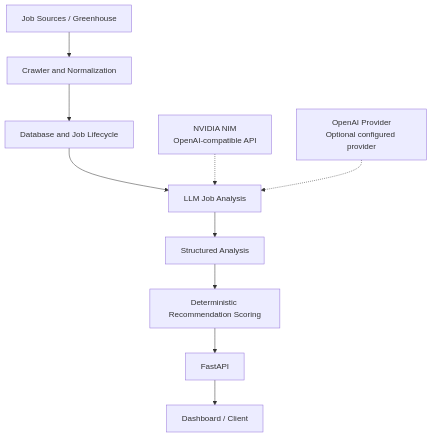
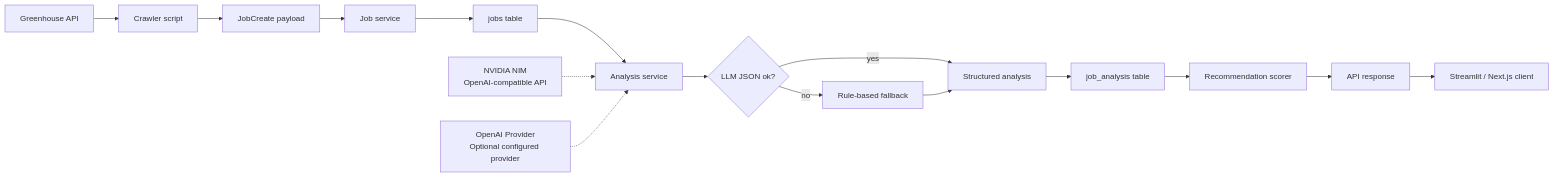
Before and after one commit to cbssmh/ai-job-scout: the diagram in README.md, drawn with Mermaid. The commit also changed other lines of this file and 12 other files, not shown here.

````diff
--- a/README.md
+++ b/README.md
@@ -37,12 +70,18 @@
 ```mermaid
-flowchart TD
-    A["Job Sources / Greenhouse"] --> B["Crawler and Normalization"]
-    B --> C["Database and Job Lifecycle"]
-    C --> D["LLM Job Analysis"]
-    N["NVIDIA NIM<br/>OpenAI-compatible API"] -.-> D
-    O["OpenAI Provider<br/>Optional configured provider"] -.-> D
-    D --> E["Structured Analysis"]
-    E --> F["Deterministic Recommendation Scoring"]
-    F --> G["FastAPI"]
-    G --> H["Dashboard / Client"]
+flowchart LR
+    A["Greenhouse API"] --> B["Crawler script"]
+    B --> C["JobCreate payload"]
+    C --> D["Job service"]
+    D --> E["jobs table"]
+    E --> F["Analysis service"]
+    F --> G{"LLM JSON ok?"}
+    N["NVIDIA NIM<br/>OpenAI-compatible API"] -.-> F
+    O["OpenAI Provider<br/>Optional configured provider"] -.-> F
+    G -- yes --> H["Structured analysis"]
+    G -- no --> I["Rule-based fallback"]
+    I --> H
+    H --> J["job_analysis table"]
+    J --> K["Recommendation scorer"]
+    K --> L["API response"]
+    L --> M["Streamlit / Next.js client"]
 ```
````
